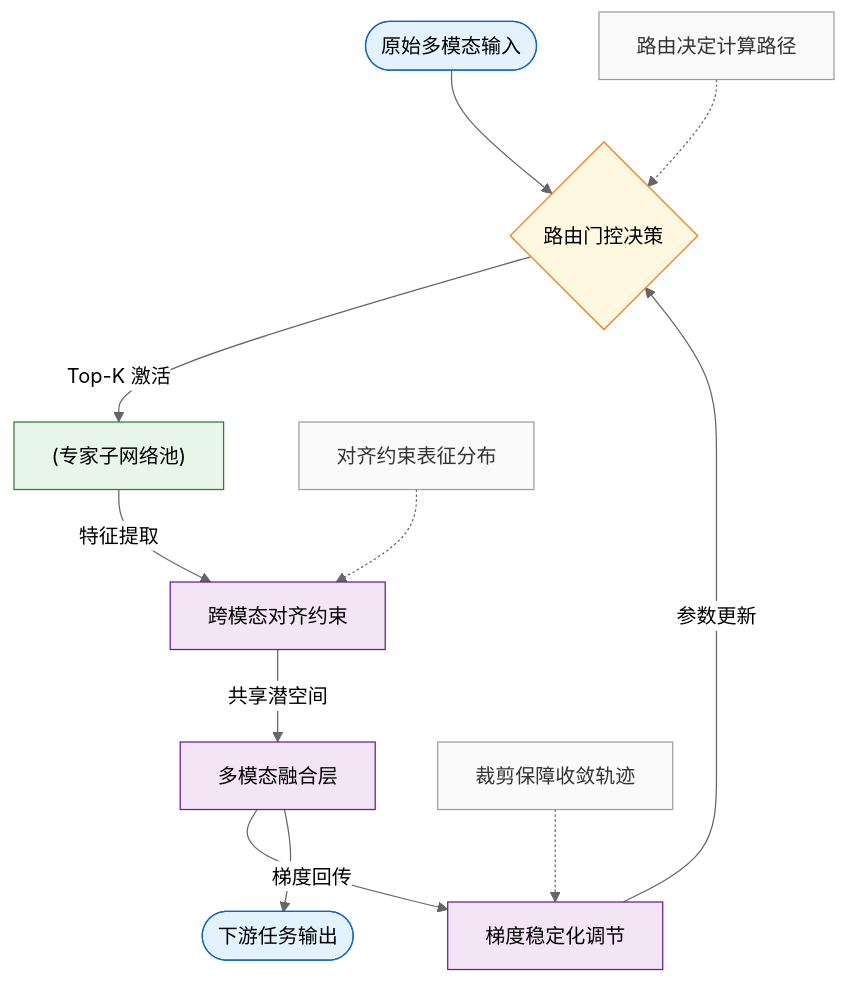
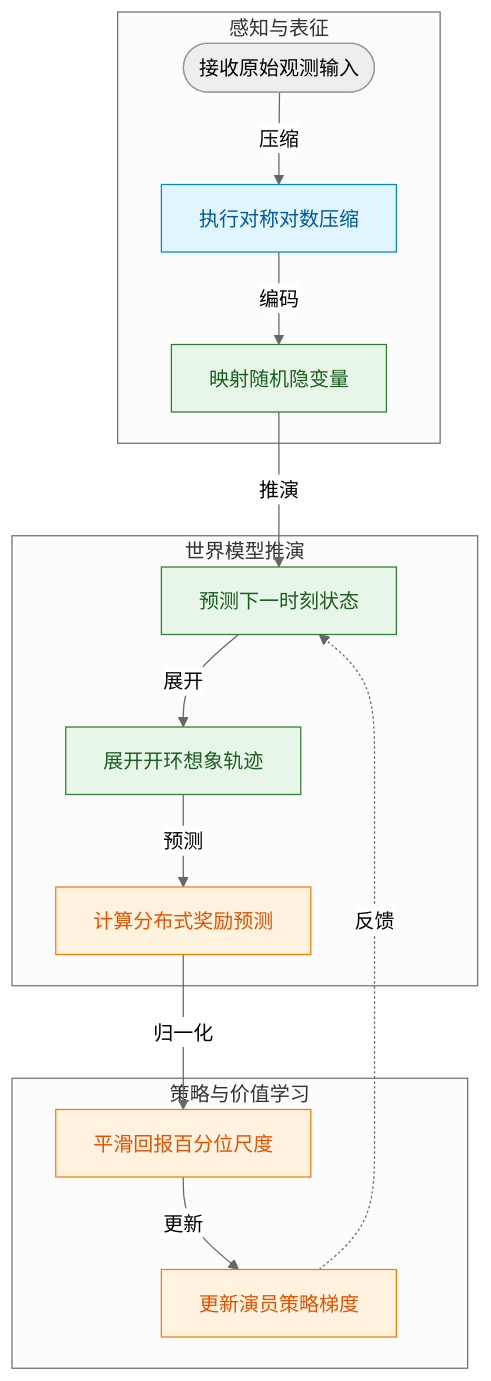
Before and after one commit to ShinewineW/paper-rolling: the second of 10 diagrams in person_vault/2026-06-08_MasteringDiverseDomainsThroughWorldModels_2301.04104/report.md, drawn with Mermaid (neutral theme). The commit also changed other lines of this file and 51 other files, not shown here.

````diff
--- a/person_vault/2026-06-08_MasteringDiverseDomainsThroughWorldModels_2301.04104/report.md
+++ b/person_vault/2026-06-08_MasteringDiverseDomainsThroughWorldModels_2301.04104/report.md
@@ -92,20 +75,27 @@
 ```mermaid
-flowchart TD
-    classDef start_end fill:#e3f2fd,stroke:#1565c0,color:#000;
-    classDef decision fill:#fff8e1,stroke:#f57f17,color:#000;
-    classDef data fill:#e8f5e9,stroke:#2e7d32,color:#000;
-    classDef process fill:#f3e5f5,stroke:#6a1b9a,color:#000;
+flowchart TB
+  classDef compress fill:#e1f5fe,color:#01579b,stroke:#0288d1
+  classDef world fill:#e8f5e9,color:#1b5e20,stroke:#2e7d32
+  classDef policy fill:#fff3e0,color:#e65100,stroke:#f57c00
 
-    raw_input(["原始多模态输入"]):::start_end --> router{路由门控决策}:::decision
-    router -->|Top-K 激活| expert_pool["(专家子网络池)"]:::data
-    expert_pool -->|特征提取| align_module["跨模态对齐约束"]:::process
-    align_module -->|共享潜空间| fusion_layer["多模态融合层"]:::process
-    fusion_layer -->|梯度回传| grad_stab["梯度稳定化调节"]:::process
-    grad_stab -->|参数更新| router
-    fusion_layer --> task_output(["下游任务输出"]):::start_end
+  subgraph 感知与表征
+    start(["接收原始观测输入"]) -->|压缩| symlog["执行对称对数压缩"]
+    symlog -->|编码| rssm_enc["映射随机隐变量"]
+  end
 
-    classDef note fill:#fafafa,stroke:#9e9e9e,color:#333;
-    note1["路由决定计算路径"]:::note -.-> router
-    note2["对齐约束表征分布"]:::note -.-> align_module
-    note3["裁剪保障收敛轨迹"]:::note -.-> grad_stab
+  subgraph 世界模型推演
+    rssm_enc -->|推演| dyn_pred["预测下一时刻状态"]
+    dyn_pred -->|展开| imag_roll["展开开环想象轨迹"]
+    imag_roll -->|预测| twohot["计算分布式奖励预测"]
+  end
+
+  subgraph 策略与价值学习
+    twohot -->|归一化| perc_norm["平滑回报百分位尺度"]
+    perc_norm -->|更新| actor["更新演员策略梯度"]
+    actor -.->|反馈| dyn_pred
+  end
+
+  class symlog compress
+  class rssm_enc,dyn_pred,imag_roll world
+  class twohot,perc_norm,actor policy
 ```
````
